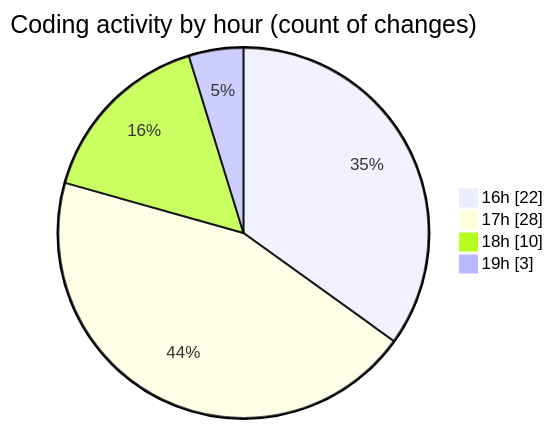
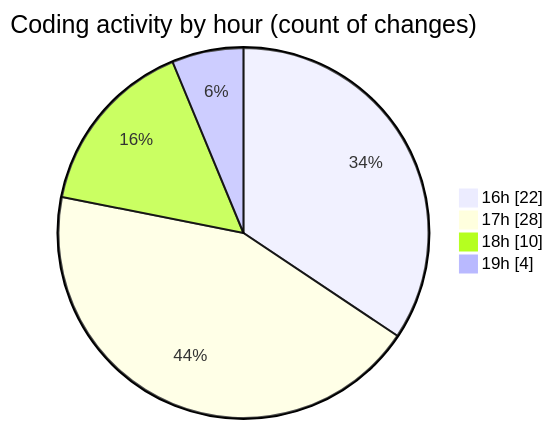
One commit to becaeroporto-bot/code-tracking changed the second of 2 diagrams in 2026-02-17/bot_v1_2/README.md. Above: the diagram before and after it, drawn with Mermaid. The commit also changed other lines of this file and 1 other file, not shown here.

````diff
--- a/2026-02-17/bot_v1_2/README.md
+++ b/2026-02-17/bot_v1_2/README.md
@@ -52,8 +52,8 @@
 ```mermaid
 pie showData
 title Coding activity by hour (count of changes)
 "16h" : 22
 "17h" : 28
 "18h" : 10
-"19h" : 3
+"19h" : 4
 ```
````
